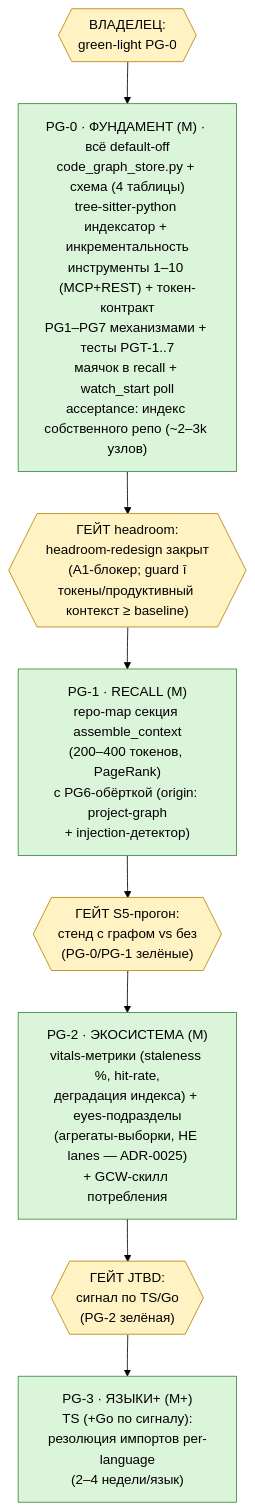
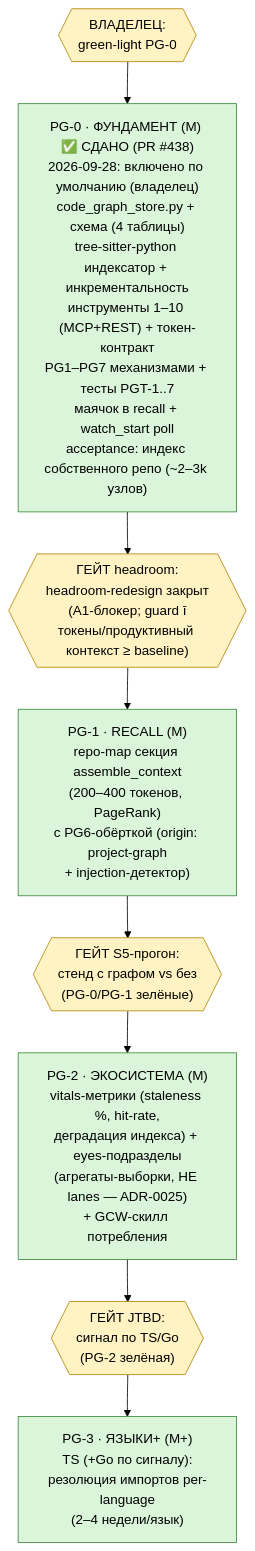
Before and after one commit to vesmaro/vesma: the fifth of 5 diagrams in docs/project/dev-plan.md, drawn with Mermaid (forest theme). The commit also changed other lines of this file and 29 other files, not shown here.

First line of the commit message:
feat(config): graphs on by default — owner decision 2026-09-28

````diff
--- a/docs/project/dev-plan.md
+++ b/docs/project/dev-plan.md
@@ -736,16 +736,16 @@
 ```mermaid
 flowchart TD
     OWN{{"ВЛАДЕЛЕЦ:<br/>green-light PG-0"}}
-    PG0["PG-0 · ФУНДАМЕНТ (M) · всё default-off<br/>code_graph_store.py + схема (4 таблицы)<br/>tree-sitter-python индексатор + инкрементальность<br/>инструменты 1–10 (MCP+REST) + токен-контракт<br/>PG1–PG7 механизмами + тесты PGT-1..7<br/>маячок в recall + watch_start poll<br/>acceptance: индекс собственного репо (~2–3k узлов)"]
+    PG0["PG-0 · ФУНДАМЕНТ (M) ✅ СДАНО (PR #438)<br/>2026-09-28: включено по умолчанию (владелец)<br/>code_graph_store.py + схема (4 таблицы)<br/>tree-sitter-python индексатор + инкрементальность<br/>инструменты 1–10 (MCP+REST) + токен-контракт<br/>PG1–PG7 механизмами + тесты PGT-1..7<br/>маячок в recall + watch_start poll<br/>acceptance: индекс собственного репо (~2–3k узлов)"]
     HR{{"ГЕЙТ headroom:<br/>headroom-redesign закрыт<br/>(A1-блокер; guard #299;<br/>токены/продуктивный контекст ≥ baseline)"}}
     PG1["PG-1 · RECALL (M)<br/>repo-map секция assemble_context<br/>(200–400 токенов, PageRank)<br/>с PG6-обёрткой (origin: project-graph<br/>+ injection-детектор)"]
     S5{{"ГЕЙТ S5-прогон:<br/>стенд с графом vs без<br/>(PG-0/PG-1 зелёные)"}}
     PG2["PG-2 · ЭКОСИСТЕМА (M)<br/>vitals-метрики (staleness %, hit-rate,<br/>деградация индекса) + eyes-подразделы<br/>(агрегаты-выборки, НЕ lanes — ADR-0025)<br/>+ GCW-скилл потребления"]
     JT{{"ГЕЙТ JTBD:<br/>сигнал по TS/Go<br/>(PG-2 зелёная)"}}
     PG3["PG-3 · ЯЗЫКИ+ (M+)<br/>TS (+Go по сигналу):<br/>резолюция импортов per-language<br/>(2–4 недели/язык)"]
     OWN --> PG0 --> HR --> PG1 --> S5 --> PG2 --> JT --> PG3
     classDef phase fill:#daf5da,stroke:#3d8b3d
     classDef gate fill:#fff3c4,stroke:#b8860b
     class PG0,PG1,PG2,PG3 phase
     class OWN,HR,S5,JT gate
 ```
````
